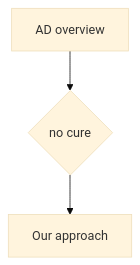
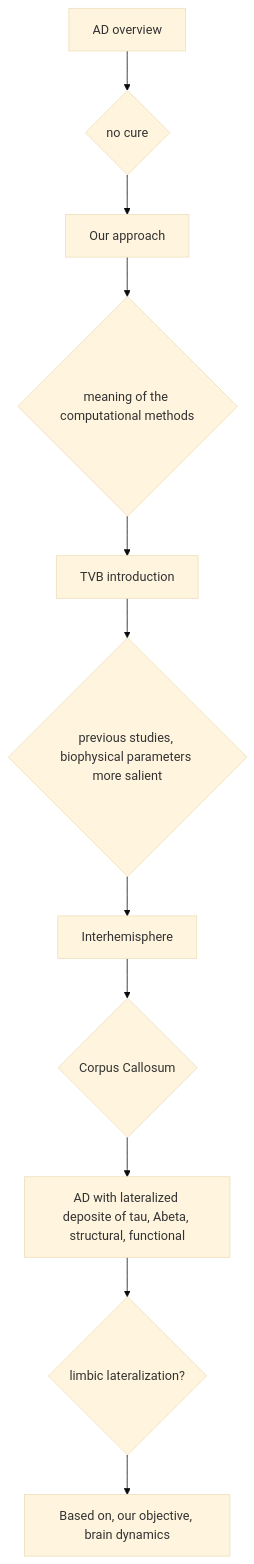
One commit to yilewang/Gc_detect_script changed the diagram in alzheimer.md. Above: the diagram before and after it, drawn with Mermaid (base theme). The commit also changed other lines of this file, not shown here.

Commit message:
update the flow chart of AD introduction

````diff
--- a/alzheimer.md
+++ b/alzheimer.md
@@ -18,5 +18,13 @@
 ```mermaid
 flowchart TD
 	A[AD overview] --> B{no cure};
 	B --> C[Our approach];
+	C --> D{meaning of the computational methods};
+	D --> E[TVB introduction];
+	E --> F{previous studies, biophysical parameters more salient};
+	F --> G[Interhemisphere];
+	G --> H{Corpus Callosum};
+	H --> I[AD with lateralized deposite of tau, Abeta, structural, functional];
+	I --> J{limbic lateralization?};
+	J --> K[Based on, our objective, brain dynamics];
 ```
````
